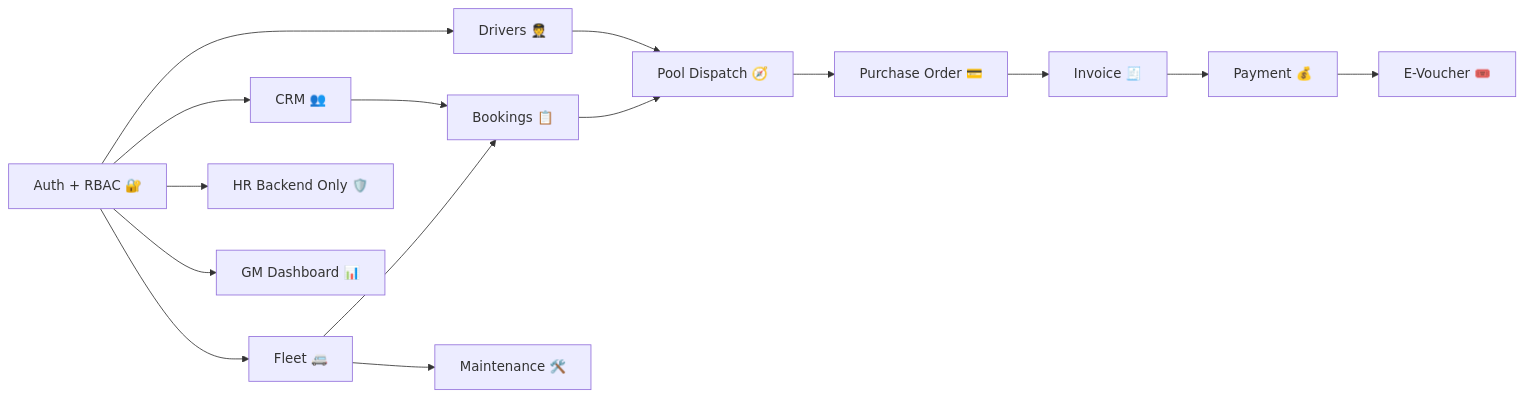
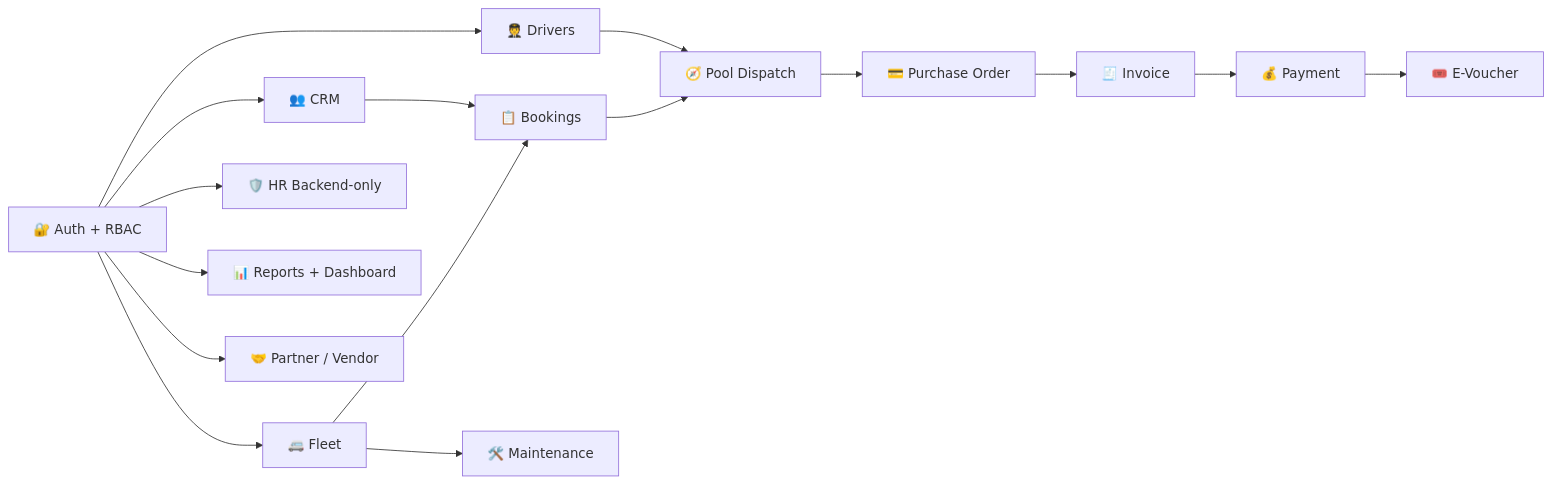
One commit to adith92/GBCRMbyCODEX changed the diagram in README.md. Above: the diagram before and after it, drawn with Mermaid. The commit also changed other lines of this file and 27 other files, not shown here.

````diff
--- a/README.md
+++ b/README.md
@@ -39,17 +54,18 @@
 ```mermaid
 flowchart LR
-    A["Auth + RBAC 🔐"] --> B["CRM 👥"]
-    A --> C["Fleet 🚐"]
-    A --> D["Drivers 🧑‍✈️"]
-    B --> E["Bookings 📋"]
+    A["🔐 Auth + RBAC"] --> B["👥 CRM"]
+    A --> C["🚐 Fleet"]
+    A --> D["🧑‍✈️ Drivers"]
+    B --> E["📋 Bookings"]
     C --> E
-    D --> F["Pool Dispatch 🧭"]
+    D --> F["🧭 Pool Dispatch"]
     E --> F
-    F --> G["Purchase Order 💳"]
-    G --> H["Invoice 🧾"]
-    H --> I["Payment 💰"]
-    I --> J["E-Voucher 🎟️"]
-    C --> K["Maintenance 🛠️"]
-    A --> L["HR Backend Only 🛡️"]
-    A --> M["GM Dashboard 📊"]
+    F --> G["💳 Purchase Order"]
+    G --> H["🧾 Invoice"]
+    H --> I["💰 Payment"]
+    I --> J["🎟️ E-Voucher"]
+    C --> K["🛠️ Maintenance"]
+    A --> L["🛡️ HR Backend-only"]
+    A --> M["📊 Reports + Dashboard"]
+    A --> N["🤝 Partner / Vendor"]
 ```
````
